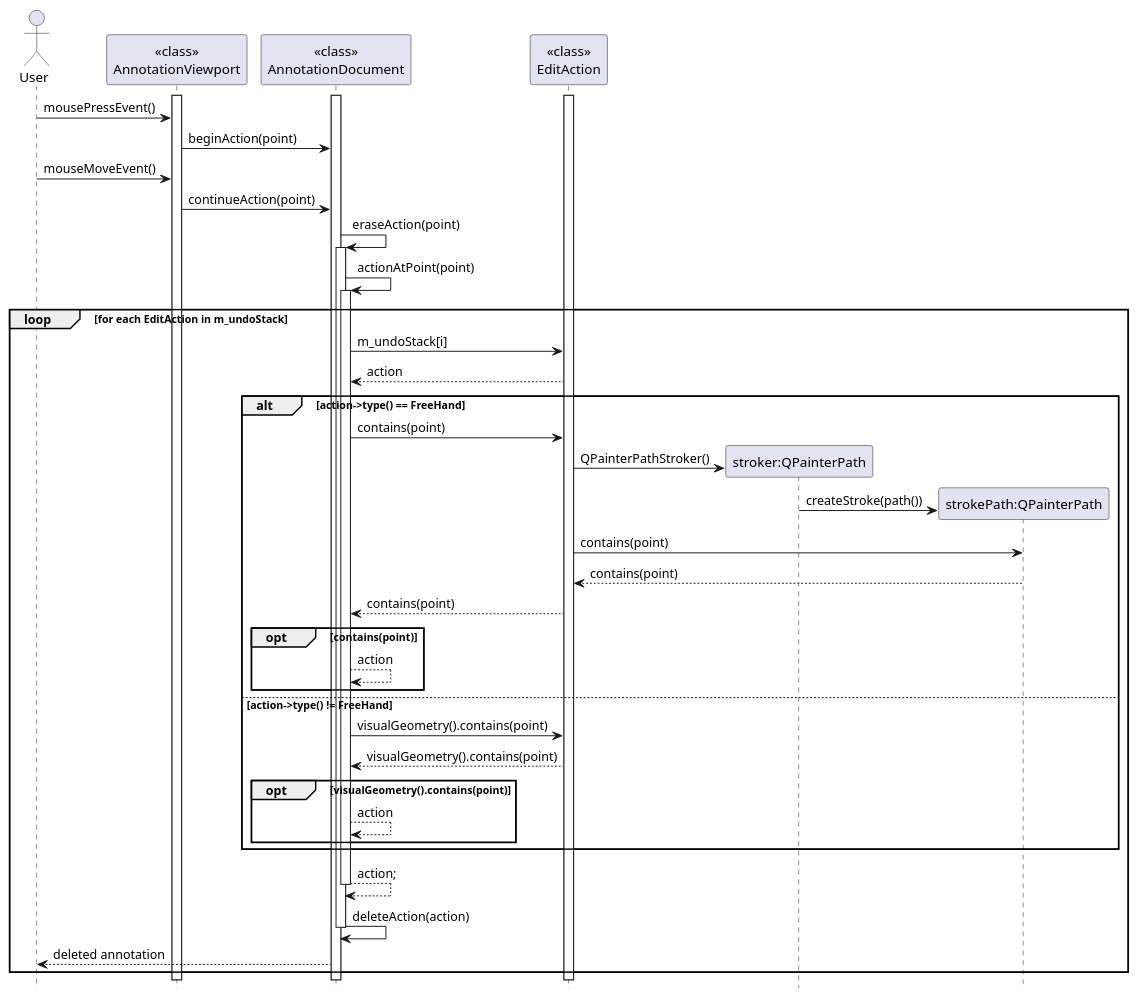
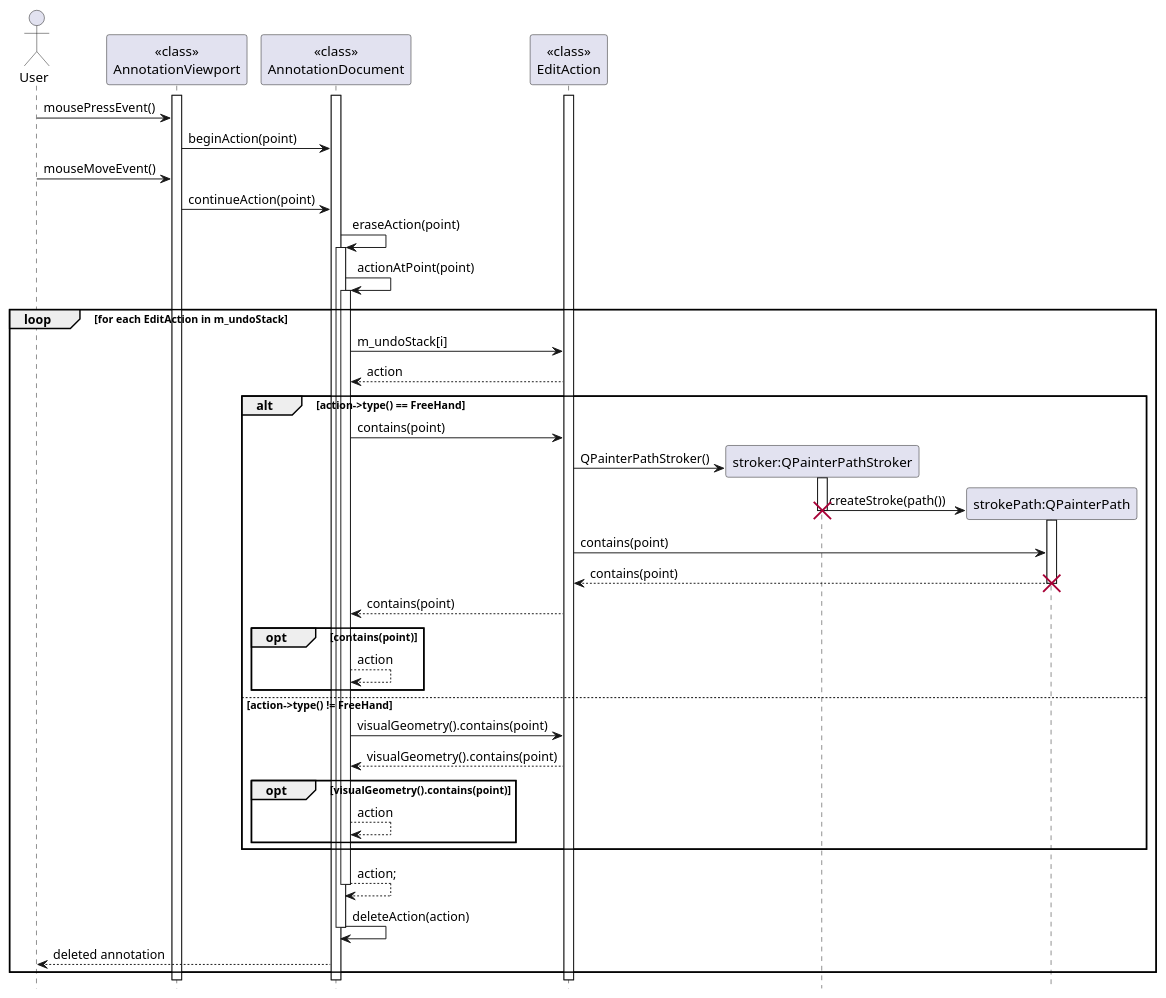
The diagram in docs/EraserToolSequenceDiagram.puml (Brennanzuz/SoK-2023-documents), drawn with PlantUML before and after one commit. The commit also changed 4 other files, not shown here.

```diff
--- a/docs/EraserToolSequenceDiagram.puml
+++ b/docs/EraserToolSequenceDiagram.puml
@@ -1,46 +1,52 @@
 @startuml
 'https://plantuml.com/sequence-diagram
 
 hide footbox
 
 Actor User
 activate "<<class>>\nAnnotationViewport"
 activate "<<class>>\nAnnotationDocument"
 activate "<<class>>\nEditAction"
 User -> "<<class>>\nAnnotationViewport": mousePressEvent()
 "<<class>>\nAnnotationViewport" -> "<<class>>\nAnnotationDocument": beginAction(point)
 User -> "<<class>>\nAnnotationViewport": mouseMoveEvent()
 "<<class>>\nAnnotationViewport" -> "<<class>>\nAnnotationDocument": continueAction(point)
 "<<class>>\nAnnotationDocument" -> "<<class>>\nAnnotationDocument": eraseAction(point)
 activate "<<class>>\nAnnotationDocument"
 "<<class>>\nAnnotationDocument" -> "<<class>>\nAnnotationDocument": actionAtPoint(point)
 activate "<<class>>\nAnnotationDocument"
 loop for each EditAction in m_undoStack
     "<<class>>\nAnnotationDocument" -> "<<class>>\nEditAction": m_undoStack[i]
     "<<class>>\nEditAction" --> "<<class>>\nAnnotationDocument": action
     alt action->type() == FreeHand
         "<<class>>\nAnnotationDocument" -> "<<class>>\nEditAction": contains(point)
-        create "stroker:QPainterPath"
-        "<<class>>\nEditAction" -> "stroker:QPainterPath": QPainterPathStroker()
+        create "stroker:QPainterPathStroker"
+        "<<class>>\nEditAction" -> "stroker:QPainterPathStroker": QPainterPathStroker()
+        activate "stroker:QPainterPathStroker"
         create "strokePath:QPainterPath"
-        "stroker:QPainterPath" -> "strokePath:QPainterPath": createStroke(path())
+        "stroker:QPainterPathStroker" -> "strokePath:QPainterPath": createStroke(path())
+        deactivate "stroker:QPainterPathStroker"
+        destroy "stroker:QPainterPathStroker"
+        activate "strokePath:QPainterPath"
         "<<class>>\nEditAction" -> "strokePath:QPainterPath": contains(point)
         "strokePath:QPainterPath" --> "<<class>>\nEditAction": contains(point)
+        deactivate "strokePath:QPainterPath"
+        destroy "strokePath:QPainterPath"
         "<<class>>\nEditAction" --> "<<class>>\nAnnotationDocument": contains(point)
         opt contains(point)
             "<<class>>\nAnnotationDocument" --> "<<class>>\nAnnotationDocument": action
         end
     else action->type() != FreeHand
         "<<class>>\nAnnotationDocument" -> "<<class>>\nEditAction": visualGeometry().contains(point)
         "<<class>>\nEditAction" --> "<<class>>\nAnnotationDocument": visualGeometry().contains(point)
         opt visualGeometry().contains(point)
             "<<class>>\nAnnotationDocument" --> "<<class>>\nAnnotationDocument": action
         end
     end
     "<<class>>\nAnnotationDocument" --> "<<class>>\nAnnotationDocument": action;
     deactivate "<<class>>\nAnnotationDocument"
     "<<class>>\nAnnotationDocument" -> "<<class>>\nAnnotationDocument": deleteAction(action)
     deactivate "<<class>>\nAnnotationDocument"
     "<<class>>\nAnnotationDocument" --> User: deleted annotation
 end
 @enduml
```
